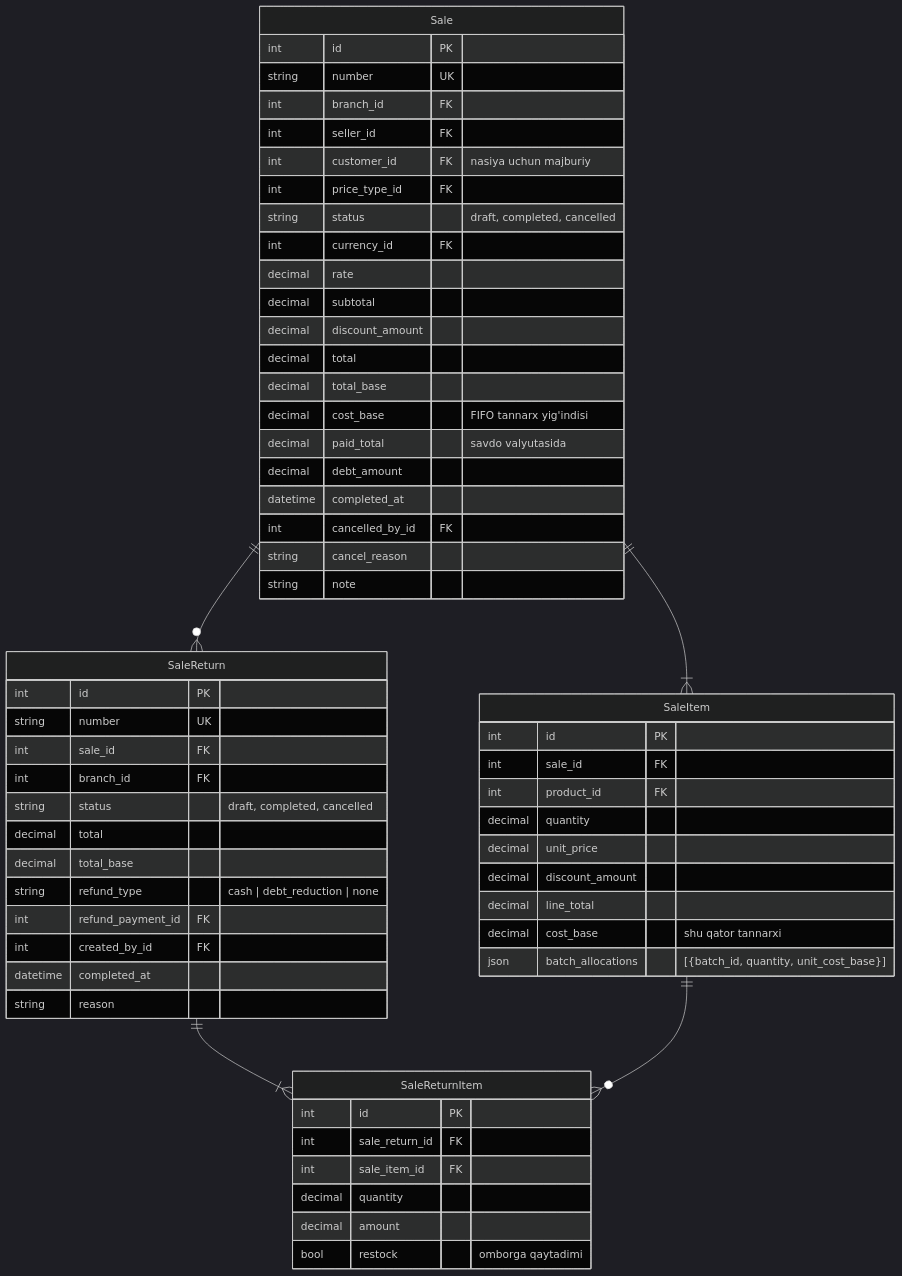
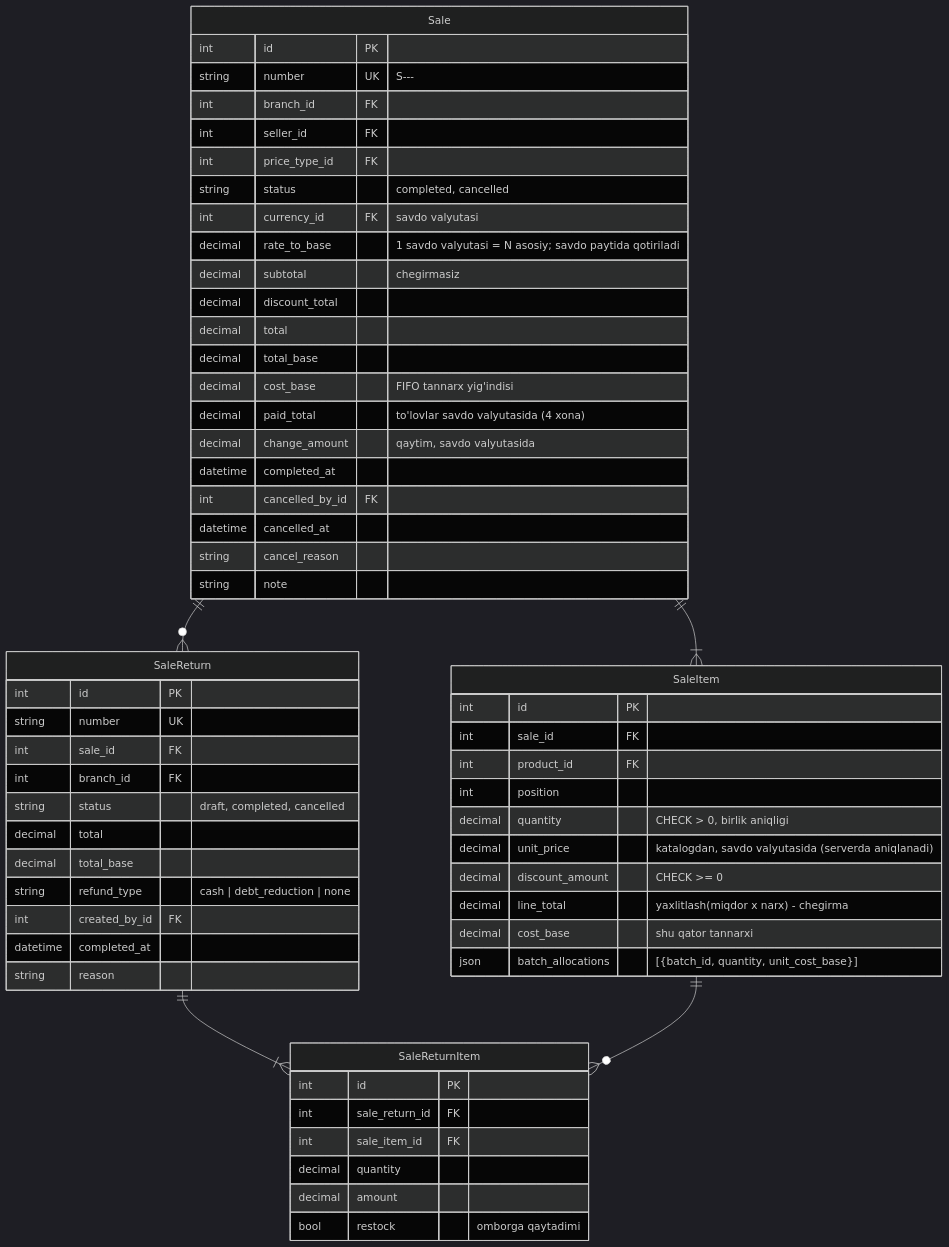
Before and after one commit to RaxmonovIlhombek/sevento_back: the sixth of 8 diagrams in docs/er-diagram.md, drawn with Mermaid (dark theme). The commit also changed other lines of this file and 11 other files, not shown here.

````diff
--- a/docs/er-diagram.md
+++ b/docs/er-diagram.md
@@ -383,62 +383,62 @@
 ```mermaid
 erDiagram
   Sale {
     int id PK
-    string number UK
+    string number UK "S-<nuqta>-<yil>-<raqam>"
     int branch_id FK
     int seller_id FK
-    int customer_id FK "nasiya uchun majburiy"
     int price_type_id FK
-    string status "draft, completed, cancelled"
-    int currency_id FK
-    decimal rate
-    decimal subtotal
-    decimal discount_amount
+    string status "completed, cancelled"
+    int currency_id FK "savdo valyutasi"
+    decimal rate_to_base "1 savdo valyutasi = N asosiy; savdo paytida qotiriladi"
+    decimal subtotal "chegirmasiz"
+    decimal discount_total
     decimal total
     decimal total_base
     decimal cost_base "FIFO tannarx yig'indisi"
-    decimal paid_total "savdo valyutasida"
-    decimal debt_amount
+    decimal paid_total "to'lovlar savdo valyutasida (4 xona)"
+    decimal change_amount "qaytim, savdo valyutasida"
     datetime completed_at
     int cancelled_by_id FK
+    datetime cancelled_at
     string cancel_reason
     string note
   }
   SaleItem {
     int id PK
     int sale_id FK
     int product_id FK
-    decimal quantity
-    decimal unit_price
-    decimal discount_amount
-    decimal line_total
+    int position
+    decimal quantity "CHECK > 0, birlik aniqligi"
+    decimal unit_price "katalogdan, savdo valyutasida (serverda aniqlanadi)"
+    decimal discount_amount "CHECK >= 0"
+    decimal line_total "yaxlitlash(miqdor x narx) - chegirma"
     decimal cost_base "shu qator tannarxi"
     json batch_allocations "[{batch_id, quantity, unit_cost_base}]"
   }
   SaleReturn {
     int id PK
     string number UK
     int sale_id FK
     int branch_id FK
     string status "draft, completed, cancelled"
     decimal total
     decimal total_base
     string refund_type "cash | debt_reduction | none"
-    int refund_payment_id FK
     int created_by_id FK
     datetime completed_at
     string reason
   }
   SaleReturnItem {
     int id PK
     int sale_return_id FK
     int sale_item_id FK
     decimal quantity
     decimal amount
     bool restock "omborga qaytadimi"
   }
   Sale ||--|{ SaleItem : ""
   Sale ||--o{ SaleReturn : ""
   SaleReturn ||--|{ SaleReturnItem : ""
   SaleItem ||--o{ SaleReturnItem : ""
 ```
````
